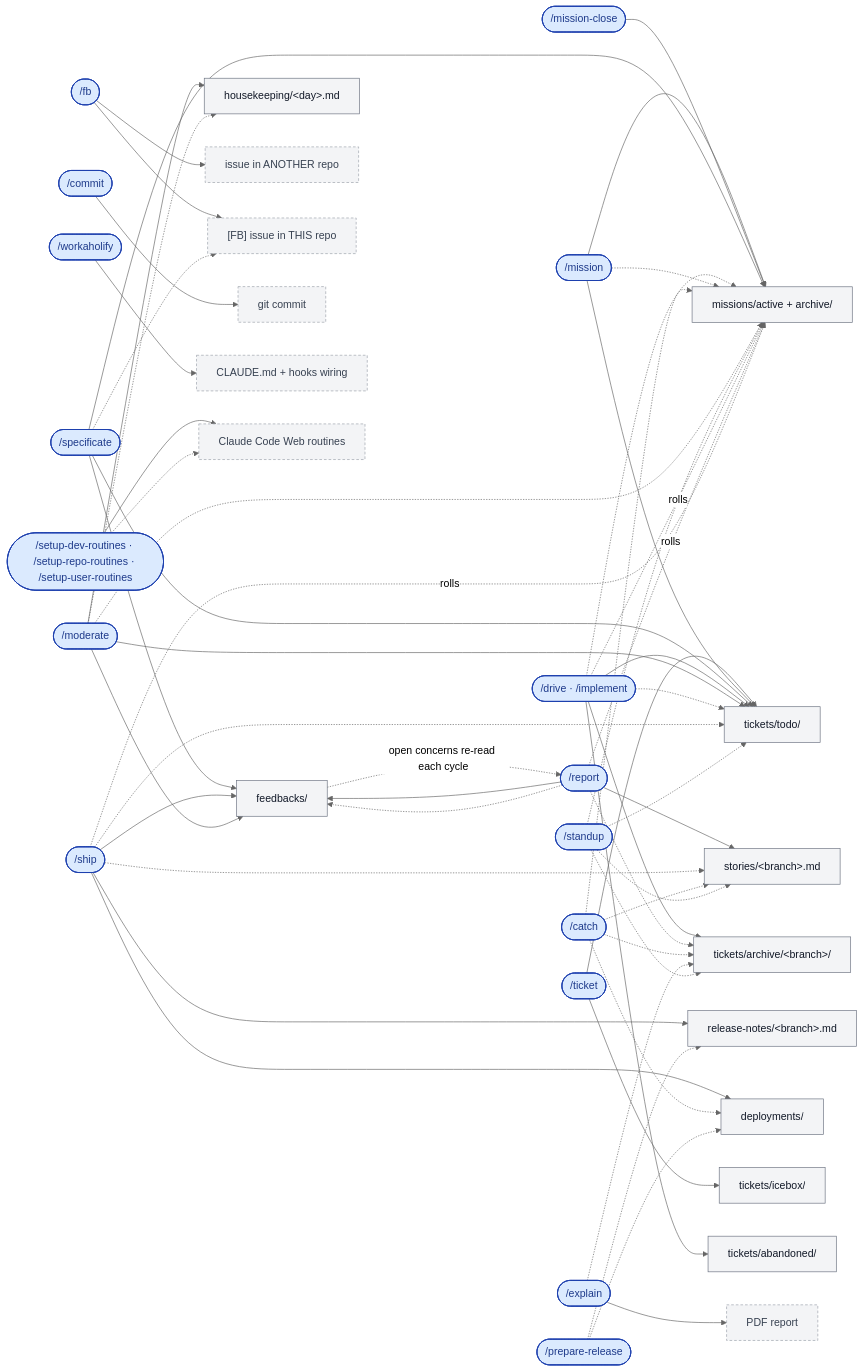
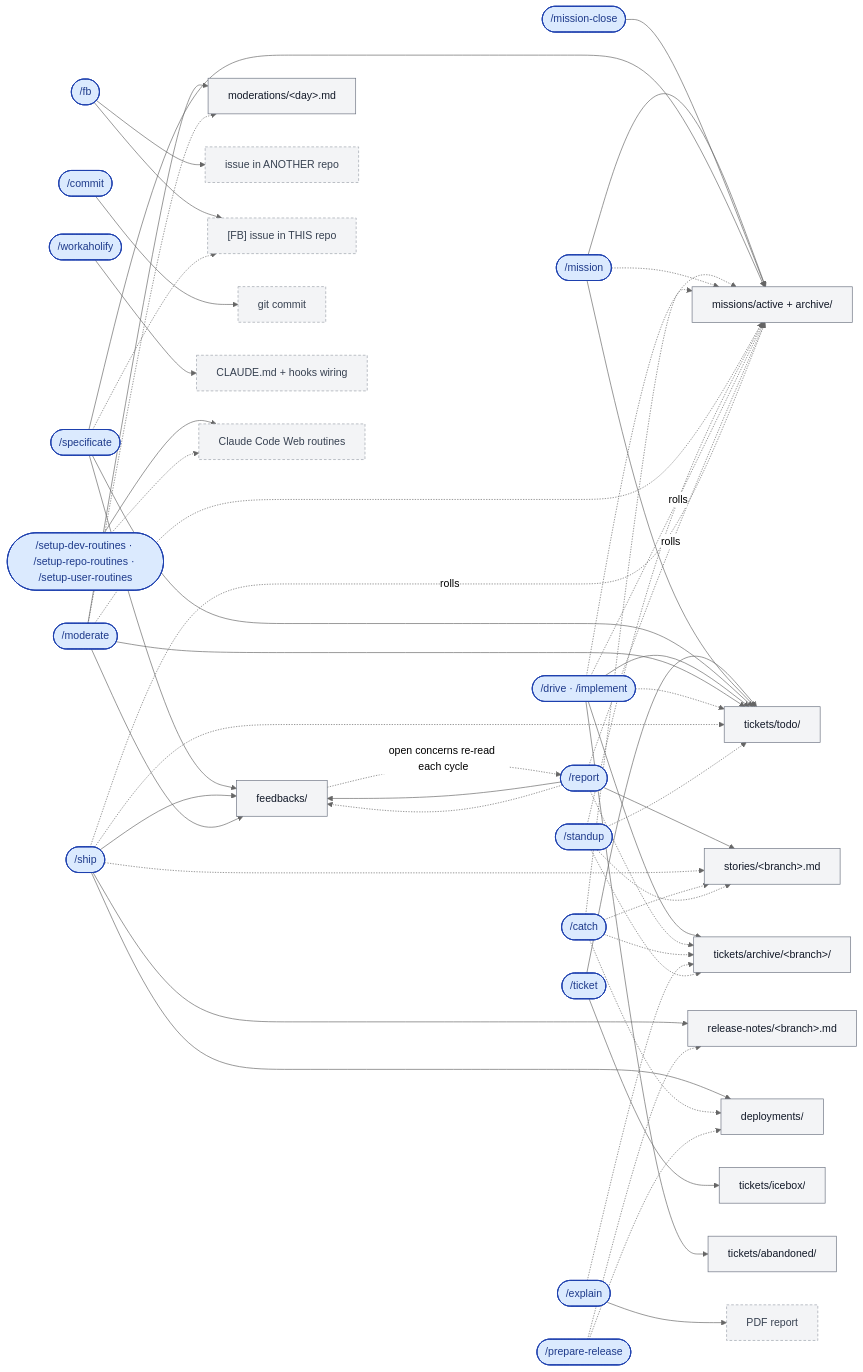
One commit to qmu/workaholic changed the fourth of 5 diagrams in README.md. Above: the diagram before and after it, drawn with Mermaid (neutral theme). The commit also changed 35 other files, not shown here.

First line of the commit message:
Rename the housekeeping area to moderations

```diff
--- a/README.md
+++ b/README.md
@@ -333,7 +333,7 @@
   FBK["feedbacks/"]
   REL["release-notes/&lt;branch&gt;.md"]
   DEP["deployments/"]
-  HK["housekeeping/&lt;day&gt;.md"]
+  HK["moderations/&lt;day&gt;.md"]
 
   %% ---------- artifacts that land outside .workaholic/ (grey, dashed border) ----------
   EXT["issue in ANOTHER repo"]
```
